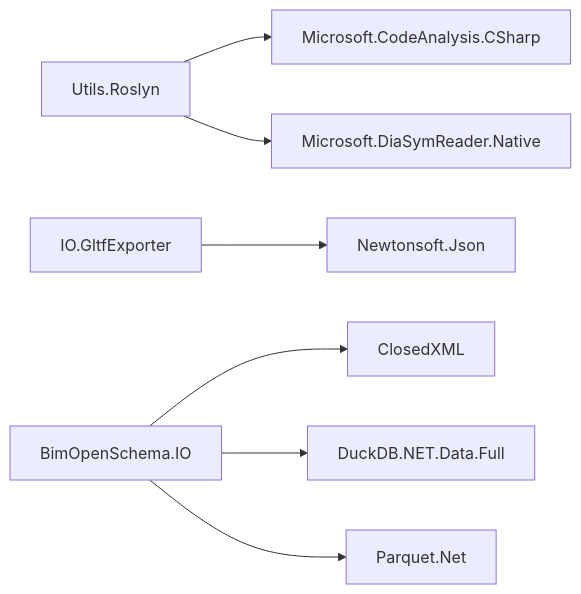
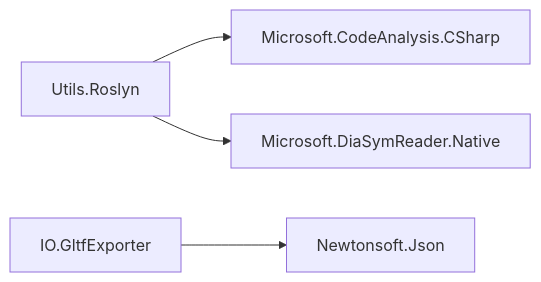
Before and after one commit to ehtick/ara3d-sdk: the third of 3 diagrams in docs/PACKAGES.md, drawn with Mermaid. The commit also changed other lines of this file and 688 other files, not shown here.

First line of the commit message:
Move the Revit, BIM Open Schema, and IFC projects to bim-open-toolkit

````diff
--- a/docs/PACKAGES.md
+++ b/docs/PACKAGES.md
@@ -132,9 +122,6 @@
 ```mermaid
 flowchart LR
   UtilsRoslyn["Utils.Roslyn"] --> CodeAnalysis["Microsoft.CodeAnalysis.CSharp"]
   UtilsRoslyn --> DiaSym["Microsoft.DiaSymReader.Native"]
   GltfExporter["IO.GltfExporter"] --> Newtonsoft["Newtonsoft.Json"]
-  BOSIO["BimOpenSchema.IO"] --> ClosedXML
-  BOSIO --> DuckDB["DuckDB.NET.Data.Full"]
-  BOSIO --> Parquet["Parquet.Net"]
 ```
````
